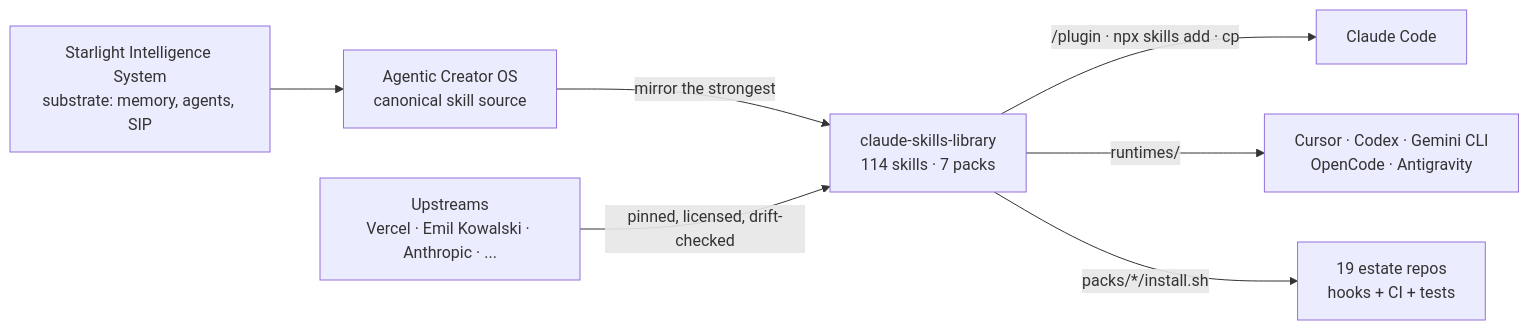
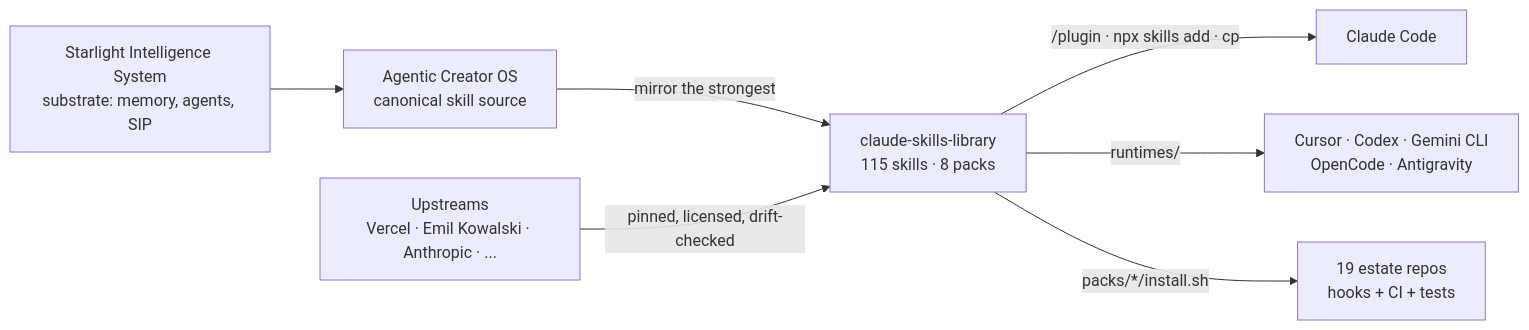
Before and after one commit to frankxai/claude-skills-library: the diagram in README.md, drawn with Mermaid. The commit also changed other lines of this file and 21 other files, not shown here.

````diff
--- a/README.md
+++ b/README.md
@@ -185,9 +186,9 @@
 ```mermaid
 flowchart LR
     SIS["Starlight Intelligence System<br/>substrate: memory, agents, SIP"] --> ACOS["Agentic Creator OS<br/>canonical skill source"]
-    ACOS -->|"mirror the strongest"| LIB["claude-skills-library<br/>114 skills · 7 packs"]
+    ACOS -->|"mirror the strongest"| LIB["claude-skills-library<br/>115 skills · 8 packs"]
     UP["Upstreams<br/>Vercel · Emil Kowalski · Anthropic · ..."] -->|"pinned, licensed, drift-checked"| LIB
     LIB -->|"/plugin · npx skills add · cp"| CC["Claude Code"]
     LIB -->|"runtimes/"| RT["Cursor · Codex · Gemini CLI<br/>OpenCode · Antigravity"]
     LIB -->|"packs/*/install.sh"| REPOS["19 estate repos<br/>hooks + CI + tests"]
 ```
````
